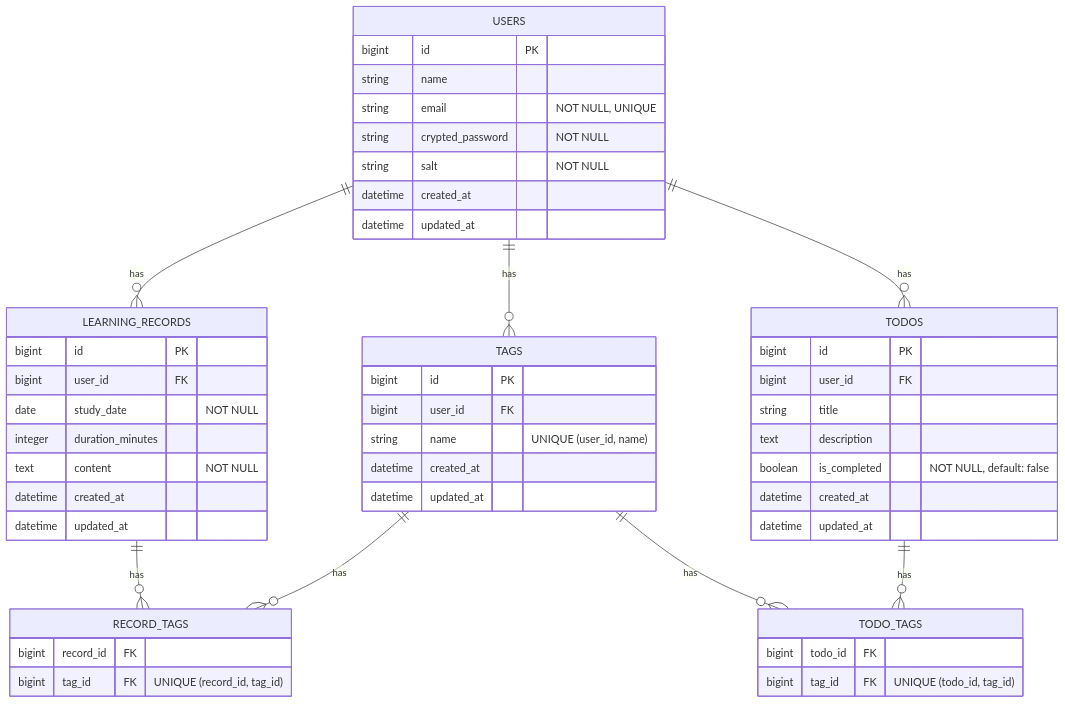
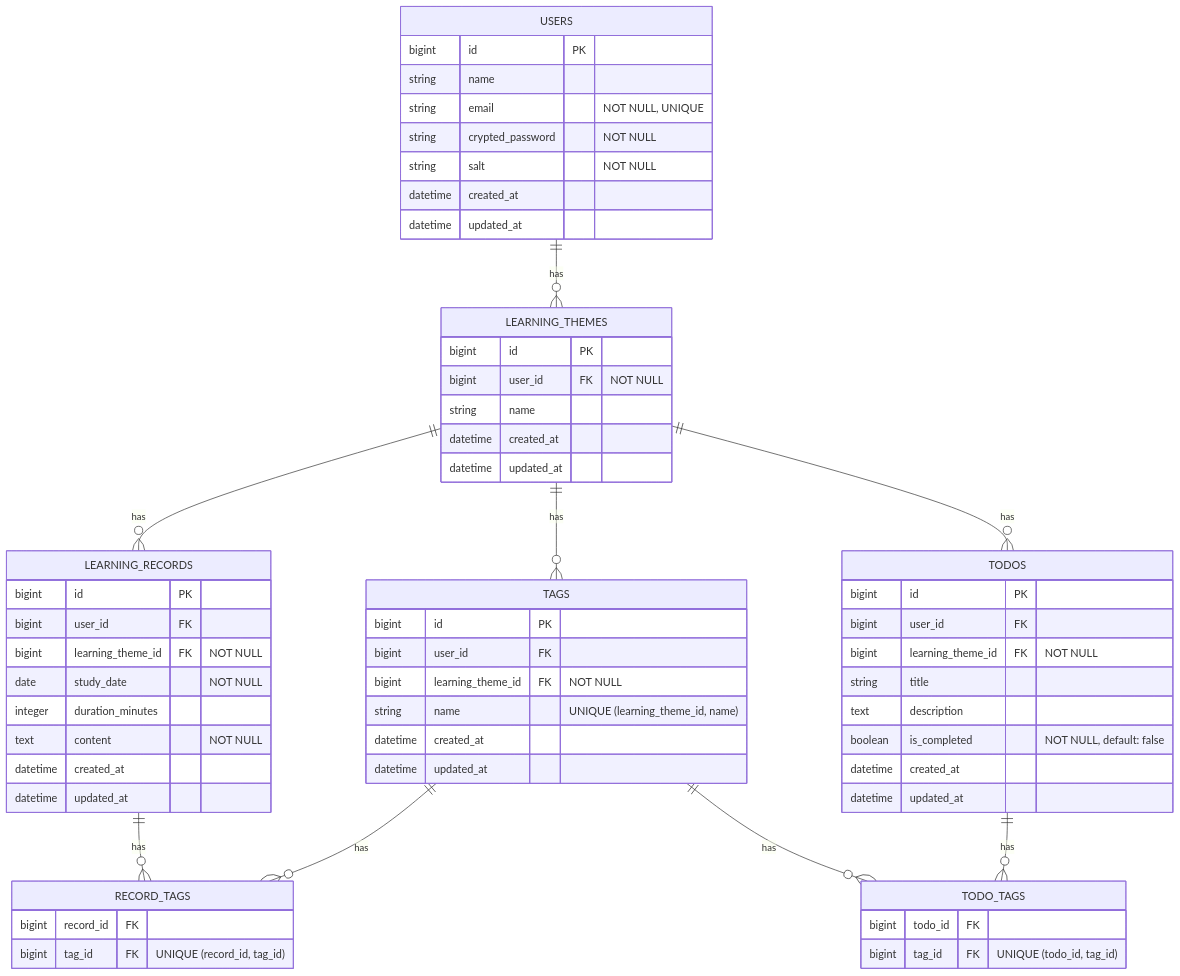
The diagram in docs/er_diagram.md (QynToKey/HowLongWillItLast), drawn with Mermaid before and after one commit. The commit also changed other lines of this file, not shown here.

Commit message:
docs: update ER図を更新

````diff
--- a/docs/er_diagram.md
+++ b/docs/er_diagram.md
@@ -99,61 +116,73 @@
 ```mermaid
 erDiagram
 
     USERS {
         bigint id PK
         string name
         string email "NOT NULL, UNIQUE"
         string crypted_password "NOT NULL"
         string salt "NOT NULL"
         datetime created_at
         datetime updated_at
     }
 
+    LEARNING_THEMES {
+        bigint id PK
+        bigint user_id FK "NOT NULL"
+        string name
+        datetime created_at
+        datetime updated_at
+    }
+
     LEARNING_RECORDS {
         bigint id PK
         bigint user_id FK
+        bigint learning_theme_id FK "NOT NULL"
         date study_date "NOT NULL"
         integer duration_minutes
         text content "NOT NULL"
         datetime created_at
         datetime updated_at
     }
 
     TAGS {
         bigint id PK
         bigint user_id FK
-        string name "UNIQUE (user_id, name)"
+        bigint learning_theme_id FK "NOT NULL"
+        string name "UNIQUE (learning_theme_id, name)"
         datetime created_at
         datetime updated_at
     }
 
     TODOS {
         bigint id PK
         bigint user_id FK
+        bigint learning_theme_id FK "NOT NULL"
         string title
         text description
         boolean is_completed "NOT NULL, default: false"
         datetime created_at
         datetime updated_at
     }
 
     RECORD_TAGS {
         bigint record_id FK
         bigint tag_id FK "UNIQUE (record_id, tag_id)"
     }
 
     TODO_TAGS {
       bigint todo_id FK
       bigint tag_id FK "UNIQUE (todo_id, tag_id)"
     }
 
-    USERS ||--o{ LEARNING_RECORDS : has
-    USERS ||--o{ TAGS : has
-    USERS ||--o{ TODOS : has
+    USERS ||--o{ LEARNING_THEMES : has
+    LEARNING_THEMES ||--o{ LEARNING_RECORDS : has
+    LEARNING_THEMES ||--o{ TAGS : has
+    LEARNING_THEMES ||--o{ TODOS : has
 
     LEARNING_RECORDS ||--o{ RECORD_TAGS : has
     TAGS ||--o{ RECORD_TAGS : has
 
     TODOS ||--o{ TODO_TAGS : has
     TAGS ||--o{ TODO_TAGS : has
 ```
````
